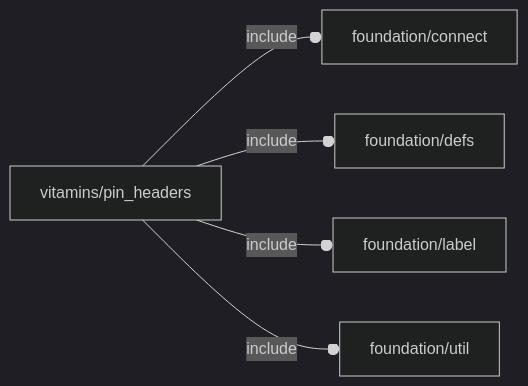
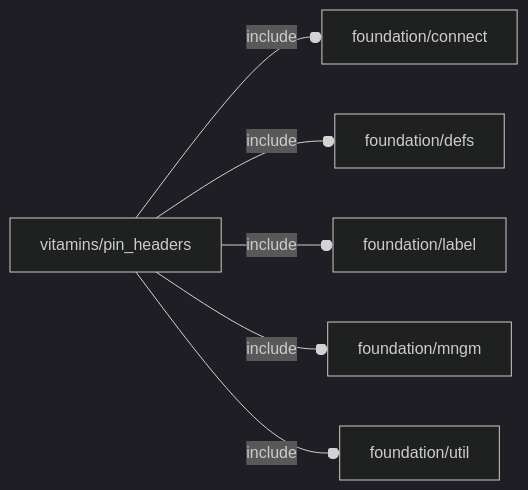
Before and after one commit to ggabbiani/OFL: the diagram in orthodocs/vitamins/pin_headers.md, drawn with Mermaid (dark theme). The commit also changed 39 other files, not shown here.

````diff
--- a/orthodocs/vitamins/pin_headers.md
+++ b/orthodocs/vitamins/pin_headers.md
@@ -5,7 +5,8 @@
 ```mermaid
 graph LR
     A1[vitamins/pin_headers] --o|include| A2[foundation/connect]
     A1 --o|include| A3[foundation/defs]
     A1 --o|include| A4[foundation/label]
-    A1 --o|include| A5[foundation/util]
+    A1 --o|include| A5[foundation/mngm]
+    A1 --o|include| A6[foundation/util]
 ```
````
